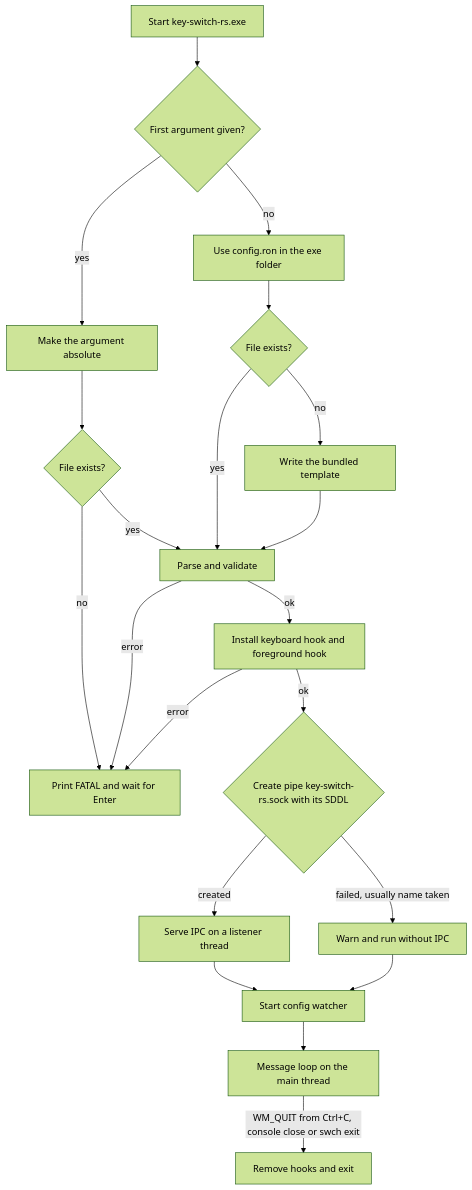
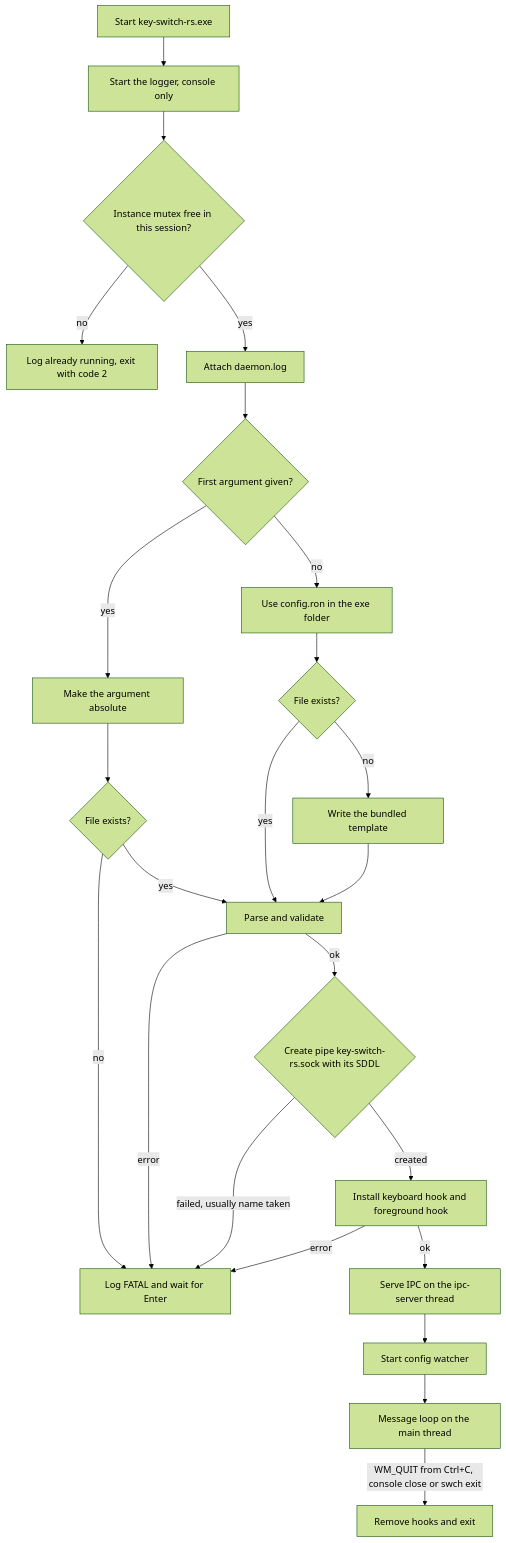
One commit to bluesteelll/key-switch-rs changed the first of 3 diagrams in book/src/build-and-run.md. Above: the diagram before and after it, drawn with Mermaid (forest theme). The commit also changed other lines of this file and 19 other files, not shown here.

First line of the commit message:
Book: describe master after roadmap Phase 1 (20af28d)

````diff
--- a/book/src/build-and-run.md
+++ b/book/src/build-and-run.md
@@ -90,23 +92,26 @@
 ```mermaid
 flowchart TD
-    A["Start key-switch-rs.exe"] --> B{"First argument given?"}
+    A["Start key-switch-rs.exe"] --> LG["Start the logger, console only"]
+    LG --> MX{"Instance mutex free in this session?"}
+    MX -->|"no"| X2["Log already running, exit with code 2"]
+    MX -->|"yes"| LF["Attach daemon.log"]
+    LF --> B{"First argument given?"}
     B -->|yes| C["Make the argument absolute"]
     B -->|no| D["Use config.ron in the exe folder"]
     C --> E{"File exists?"}
     D --> E2{"File exists?"}
-    E -->|no| X["Print FATAL and wait for Enter"]
+    E -->|no| X["Log FATAL and wait for Enter"]
     E -->|yes| G["Parse and validate"]
     E2 -->|no| F["Write the bundled template"]
     E2 -->|yes| G
     F --> G
     G -->|error| X
-    G -->|ok| H["Install keyboard hook and foreground hook"]
+    G -->|ok| I{"Create pipe key-switch-rs.sock with its SDDL"}
+    I -->|"failed, usually name taken"| X
+    I -->|created| H["Install keyboard hook and foreground hook"]
     H -->|error| X
-    H -->|ok| I{"Create pipe key-switch-rs.sock with its SDDL"}
-    I -->|created| J["Serve IPC on a listener thread"]
-    I -->|"failed, usually name taken"| K["Warn and run without IPC"]
+    H -->|ok| J["Serve IPC on the ipc-server thread"]
     J --> L["Start config watcher"]
-    K --> L
     L --> M["Message loop on the main thread"]
     M -->|"WM_QUIT from Ctrl+C, console close or swch exit"| N["Remove hooks and exit"]
 ```
````
